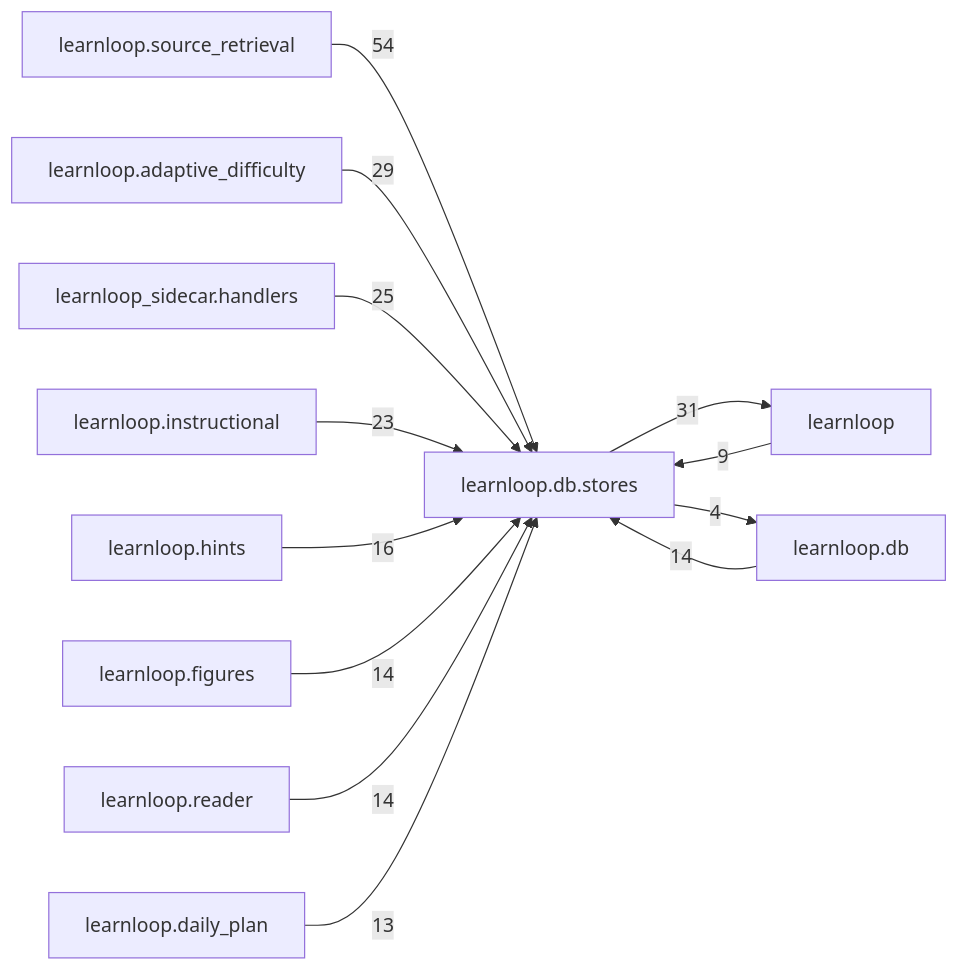
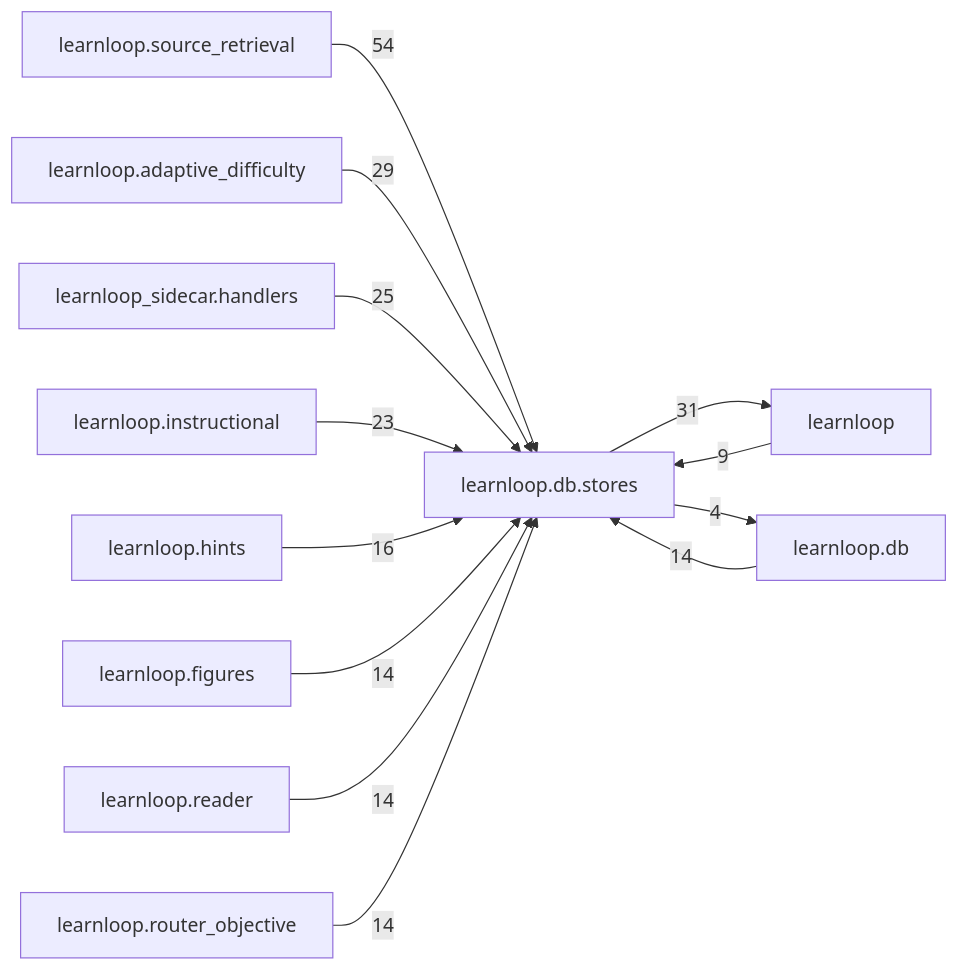
The diagram in docs/learnloop-architecture-vault/Reference/Modules/learnloop/db/stores/_package.md (6up-b/learnanything), drawn with Mermaid before and after one commit. The commit also changed other lines of this file and 532 other files, not shown here.

First line of the commit message:
Router objective follow-ups: the record, the spec's as-built, the weeks test, the references

````diff
--- a/docs/learnloop-architecture-vault/Reference/Modules/learnloop/db/stores/_package.md
+++ b/docs/learnloop-architecture-vault/Reference/Modules/learnloop/db/stores/_package.md
@@ -218,26 +218,26 @@
 ```mermaid
 flowchart LR
     center["learnloop.db.stores"]
     n_learnloop_source_retrieval["learnloop.source_retrieval"]
     n_learnloop["learnloop"]
     n_learnloop_adaptive_difficulty["learnloop.adaptive_difficulty"]
     n_learnloop_sidecar_handlers["learnloop_sidecar.handlers"]
     n_learnloop_instructional["learnloop.instructional"]
     n_learnloop_db["learnloop.db"]
     n_learnloop_hints["learnloop.hints"]
     n_learnloop_figures["learnloop.figures"]
     n_learnloop_reader["learnloop.reader"]
-    n_learnloop_daily_plan["learnloop.daily_plan"]
+    n_learnloop_router_objective["learnloop.router_objective"]
     n_learnloop_source_retrieval -->|54| center
     n_learnloop -->|9| center
     center -->|31| n_learnloop
     n_learnloop_adaptive_difficulty -->|29| center
     n_learnloop_sidecar_handlers -->|25| center
     n_learnloop_instructional -->|23| center
     n_learnloop_db -->|14| center
     center -->|4| n_learnloop_db
     n_learnloop_hints -->|16| center
     n_learnloop_figures -->|14| center
     n_learnloop_reader -->|14| center
-    n_learnloop_daily_plan -->|13| center
+    n_learnloop_router_objective -->|14| center
 ```
````
